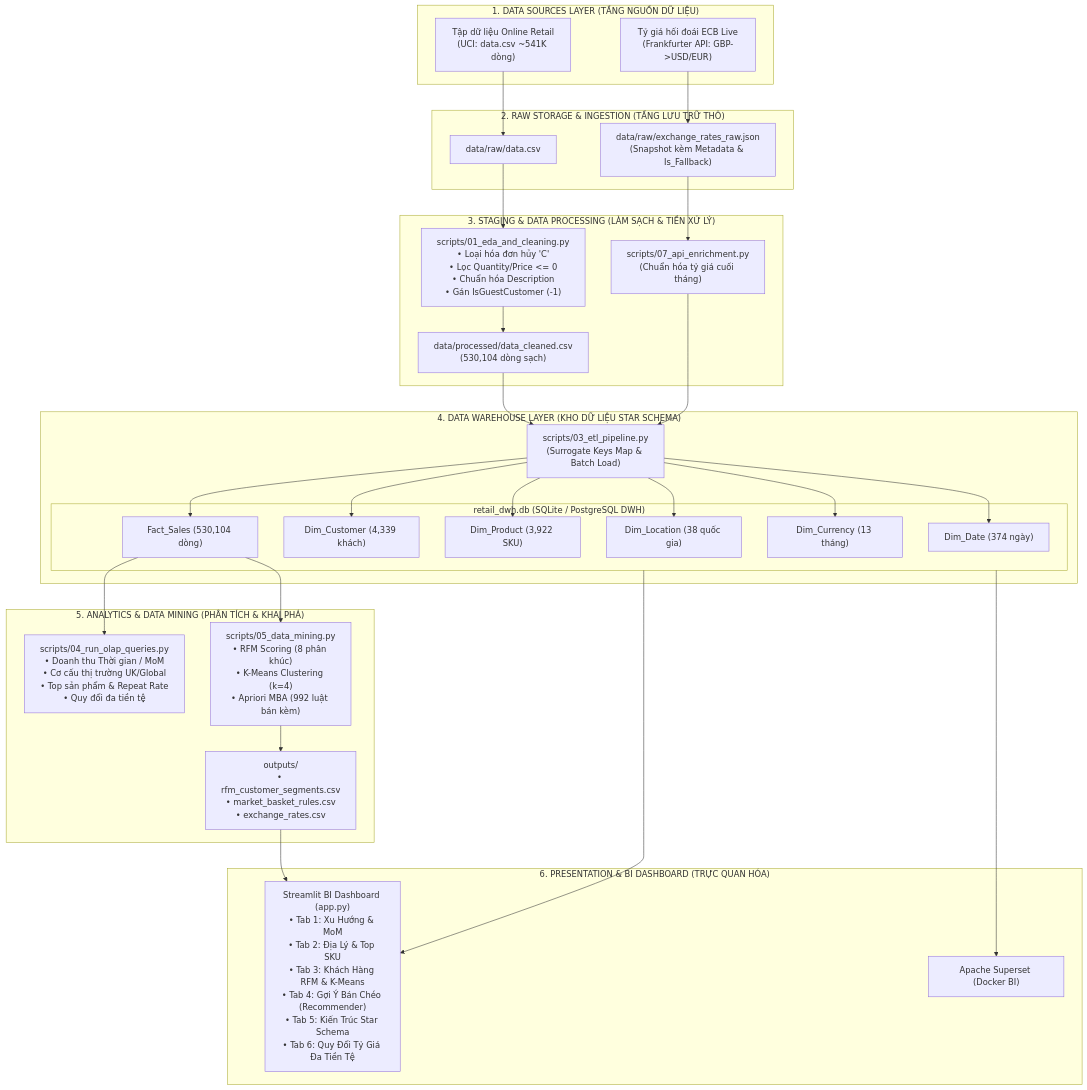
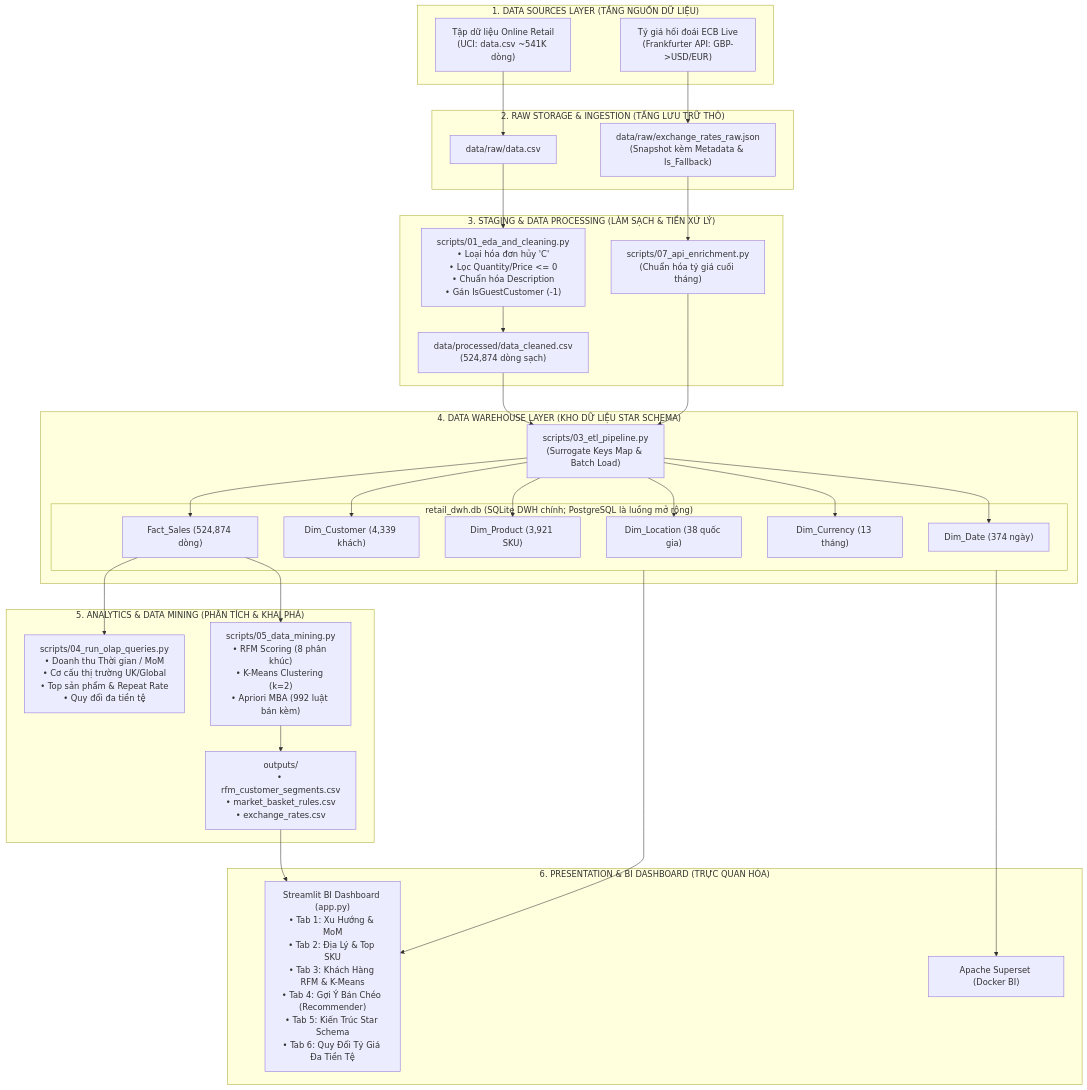
The diagram in BAO_CAO_DO_AN.md (HuyNV-1405/BTL_kho_va_khai_pha_H-T), drawn with Mermaid before and after one commit. The commit also changed other lines of this file and 7 other files, not shown here.

````diff
--- a/BAO_CAO_DO_AN.md
+++ b/BAO_CAO_DO_AN.md
@@ -65,55 +65,55 @@
 ```mermaid
 flowchart TD
     subgraph SOURCELAYER ["1. DATA SOURCES LAYER (TẦNG NGUỒN DỮ LIỆU)"]
         S1["Tập dữ liệu Online Retail<br/>(UCI: data.csv ~541K dòng)"]
         S2["Tỷ giá hối đoái ECB Live<br/>(Frankfurter API: GBP->USD/EUR)"]
     end
 
     subgraph RAWLAYER ["2. RAW STORAGE & INGESTION (TẦNG LƯU TRỮ THÔ)"]
         R1["data/raw/data.csv"]
         R2["data/raw/exchange_rates_raw.json<br/>(Snapshot kèm Metadata & Is_Fallback)"]
     end
 
     subgraph STAGING ["3. STAGING & DATA PROCESSING (LÀM SẠCH & TIỀN XỬ LÝ)"]
         CL["scripts/01_eda_and_cleaning.py<br/>• Loại hóa đơn hủy 'C'<br/>• Lọc Quantity/Price <= 0<br/>• Chuẩn hóa Description<br/>• Gán IsGuestCustomer (-1)"]
-        CLEAN_CSV["data/processed/data_cleaned.csv<br/>(530,104 dòng sạch)"]
+        CLEAN_CSV["data/processed/data_cleaned.csv<br/>(524,874 dòng sạch)"]
         CR["scripts/07_api_enrichment.py<br/>(Chuẩn hóa tỷ giá cuối tháng)"]
     end
 
     subgraph DWHLAYER ["4. DATA WAREHOUSE LAYER (KHO DỮ LIỆU STAR SCHEMA)"]
         ETL["scripts/03_etl_pipeline.py<br/>(Surrogate Keys Map & Batch Load)"]
-        subgraph DWH ["retail_dwh.db (SQLite / PostgreSQL DWH)"]
+        subgraph DWH ["retail_dwh.db (SQLite DWH chính; PostgreSQL là luồng mở rộng)"]
             DD["Dim_Date (374 ngày)"]
             DC["Dim_Customer (4,339 khách)"]
-            DP["Dim_Product (3,922 SKU)"]
+            DP["Dim_Product (3,921 SKU)"]
             DL["Dim_Location (38 quốc gia)"]
             DCUR["Dim_Currency (13 tháng)"]
-            FS["Fact_Sales (530,104 dòng)"]
+            FS["Fact_Sales (524,874 dòng)"]
         end
     end
 
     subgraph ANALYTICS ["5. ANALYTICS & DATA MINING (PHÂN TÍCH & KHAI PHÁ)"]
         OLAP["scripts/04_run_olap_queries.py<br/>• Doanh thu Thời gian / MoM<br/>• Cơ cấu thị trường UK/Global<br/>• Top sản phẩm & Repeat Rate<br/>• Quy đổi đa tiền tệ"]
-        MINING["scripts/05_data_mining.py<br/>• RFM Scoring (8 phân khúc)<br/>• K-Means Clustering (k=4)<br/>• Apriori MBA (992 luật bán kèm)"]
+        MINING["scripts/05_data_mining.py<br/>• RFM Scoring (8 phân khúc)<br/>• K-Means Clustering (k=2)<br/>• Apriori MBA (992 luật bán kèm)"]
         OUT["outputs/<br/>• rfm_customer_segments.csv<br/>• market_basket_rules.csv<br/>• exchange_rates.csv"]
     end
 
     subgraph PRESENTATION ["6. PRESENTATION & BI DASHBOARD (TRỰC QUAN HÓA)"]
         ST["Streamlit BI Dashboard (app.py)<br/>• Tab 1: Xu Hướng & MoM<br/>• Tab 2: Địa Lý & Top SKU<br/>• Tab 3: Khách Hàng RFM & K-Means<br/>• Tab 4: Gợi Ý Bán Chéo (Recommender)<br/>• Tab 5: Kiến Trúc Star Schema<br/>• Tab 6: Quy Đổi Tỷ Giá Đa Tiền Tệ"]
         SUP["Apache Superset (Docker BI)"]
     end
 
     S1 --> R1
     S2 --> R2
     R1 --> CL --> CLEAN_CSV
     R2 --> CR
     CLEAN_CSV --> ETL
     CR --> ETL
     ETL --> DD & DC & DP & DL & DCUR & FS
     FS --> OLAP
     FS --> MINING
     MINING --> OUT
     DWH --> ST
     OUT --> ST
     DWH --> SUP
 ```
````
